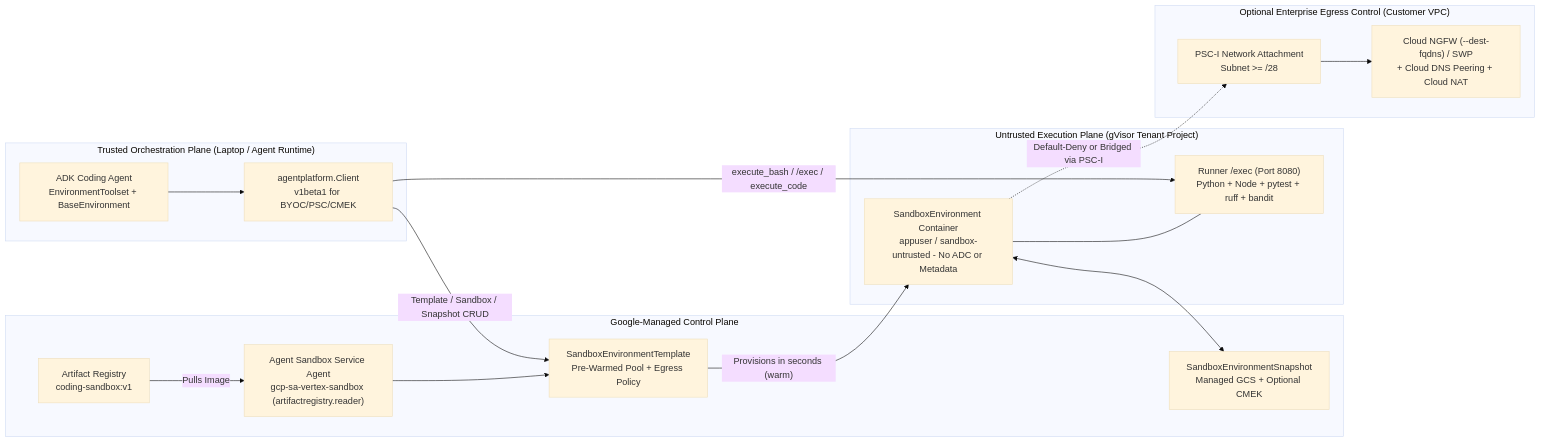
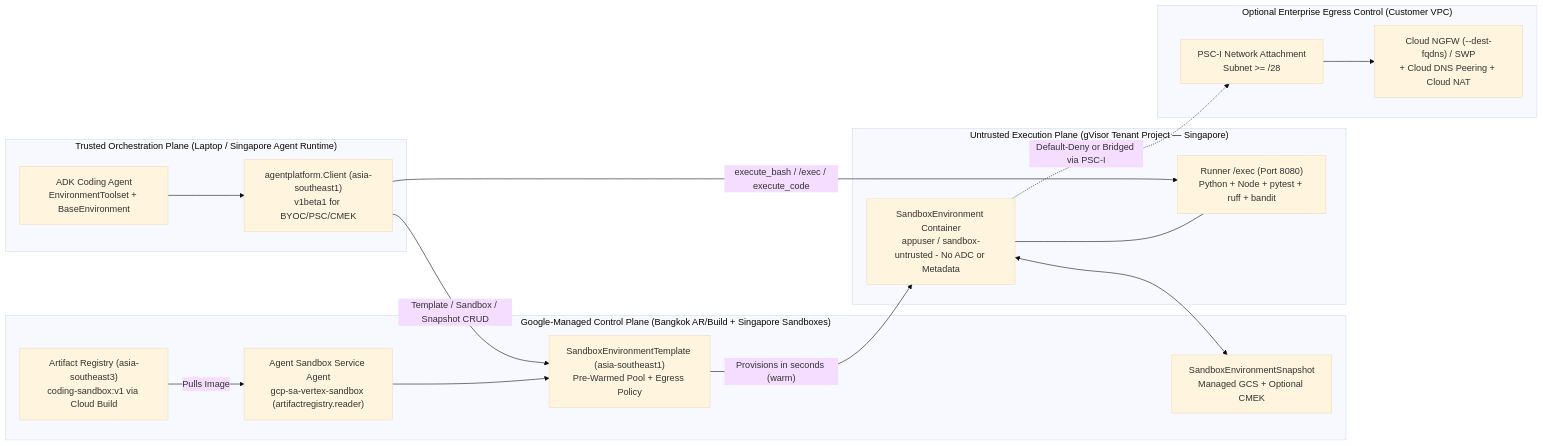
Before and after one commit to jiratouchmhp/coding-agent-workshop: the diagram in workshop/02-LAB-CUSTOM-SANDBOX-BYOC.md, drawn with Mermaid (base theme). The commit also changed other lines of this file and 80 other files, not shown here.

Commit message:
Add Bangkok (asia-southeast3) + Singapore (asia-southeast1) regional config, first-class no-Docker attendee support, and end-to-end attendee validation fixes

````diff
--- a/workshop/02-LAB-CUSTOM-SANDBOX-BYOC.md
+++ b/workshop/02-LAB-CUSTOM-SANDBOX-BYOC.md
@@ -24,35 +24,35 @@
 ```mermaid
 flowchart LR
-    subgraph TRUSTED["Trusted Orchestration Plane (Laptop / Agent Runtime)"]
+    subgraph TRUSTED["Trusted Orchestration Plane (Laptop / Singapore Agent Runtime)"]
         AGENT["ADK Coding Agent\nEnvironmentToolset + BaseEnvironment"]
-        CLIENT["agentplatform.Client\nv1beta1 for BYOC/PSC/CMEK"]
+        CLIENT["agentplatform.Client (asia-southeast1)\nv1beta1 for BYOC/PSC/CMEK"]
         AGENT --> CLIENT
     end
 
-    subgraph CP["Google-Managed Control Plane"]
-        AR["Artifact Registry\ncoding-sandbox:v1"]
+    subgraph CP["Google-Managed Control Plane (Bangkok AR/Build + Singapore Sandboxes)"]
+        AR["Artifact Registry (asia-southeast3)\ncoding-sandbox:v1 via Cloud Build"]
         SA_SBX["Agent Sandbox Service Agent\ngcp-sa-vertex-sandbox (artifactregistry.reader)"]
-        TPL["SandboxEnvironmentTemplate\nPre-Warmed Pool + Egress Policy"]
+        TPL["SandboxEnvironmentTemplate (asia-southeast1)\nPre-Warmed Pool + Egress Policy"]
         SNAP["SandboxEnvironmentSnapshot\nManaged GCS + Optional CMEK"]
         AR -- "Pulls Image" --> SA_SBX
         SA_SBX --> TPL
     end
 
-    subgraph UNTRUSTED["Untrusted Execution Plane (gVisor Tenant Project)"]
+    subgraph UNTRUSTED["Untrusted Execution Plane (gVisor Tenant Project — Singapore)"]
         SBX["SandboxEnvironment Container\nappuser / sandbox-untrusted - No ADC or Metadata"]
         EXEC["Runner /exec (Port 8080)\nPython + Node + pytest + ruff + bandit"]
         SBX --- EXEC
     end
 
     subgraph EGRESS["Optional Enterprise Egress Control (Customer VPC)"]
         PSCI["PSC-I Network Attachment\nSubnet >= /28"]
         NGFW["Cloud NGFW (--dest-fqdns) / SWP\n+ Cloud DNS Peering + Cloud NAT"]
         PSCI --> NGFW
     end
 
     CLIENT -- "Template / Sandbox / Snapshot CRUD" --> TPL
     TPL -- "Provisions in seconds (warm)" --> SBX
     SBX <--> SNAP
     CLIENT -- "execute_bash / /exec / execute_code" --> EXEC
     SBX -. "Default-Deny or Bridged via PSC-I" .-> PSCI
 ```
````
